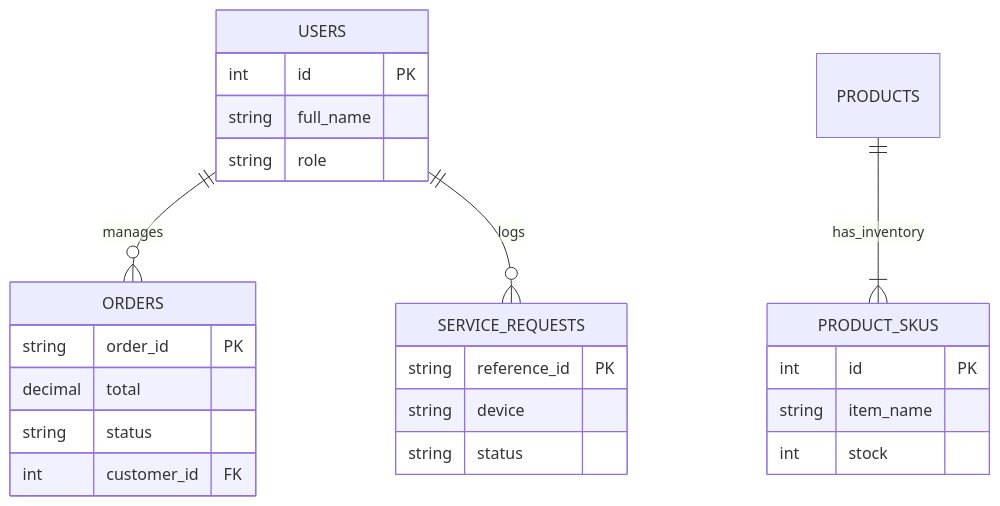
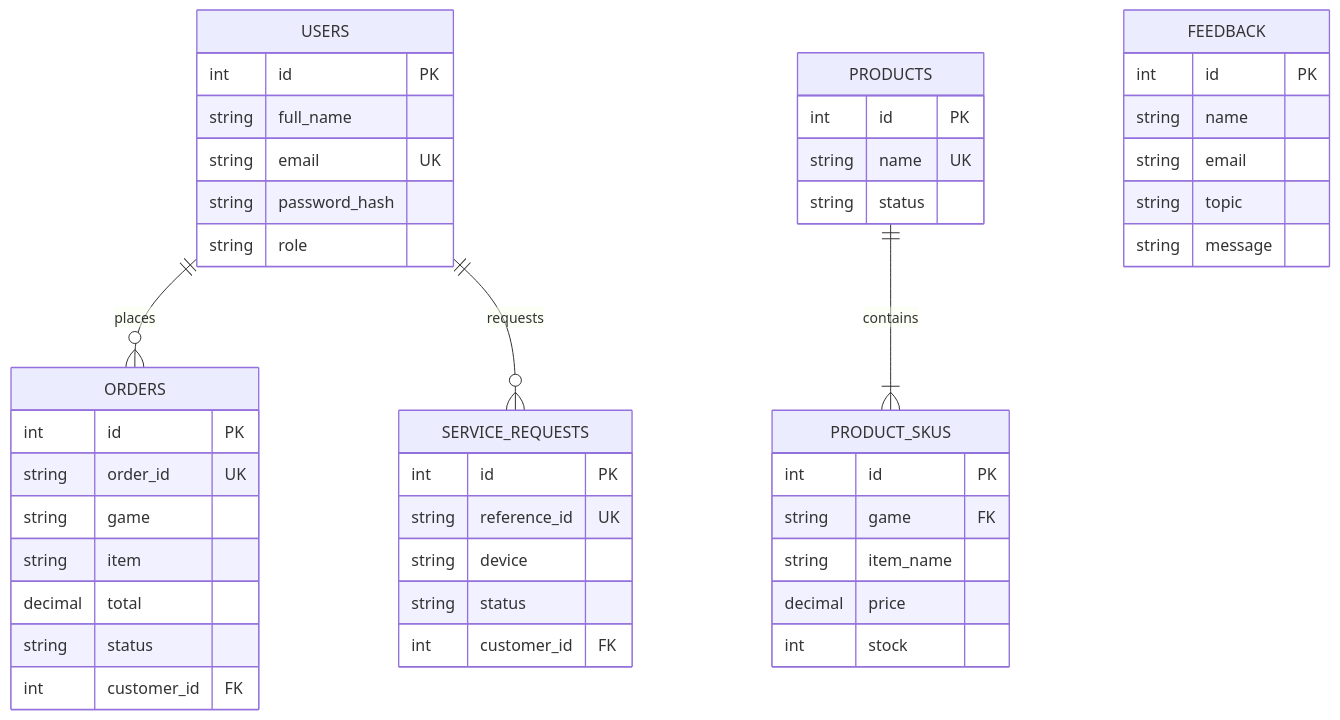
One commit to Jaylo01/tech-noblade changed the third of 3 diagrams in DOCUMENTATION.md. Above: the diagram before and after it, drawn with Mermaid. The commit also changed other lines of this file, not shown here.

Commit message:
FIX: Restored full table definitions in ERD and fixed rendering syntax

````diff
--- a/DOCUMENTATION.md
+++ b/DOCUMENTATION.md
@@ -80,31 +92,54 @@
 ```mermaid
 erDiagram
-    USERS ||--o{ ORDERS : "manages"
-    USERS ||--o{ SERVICE_REQUESTS : "logs"
-    PRODUCTS ||--|{ PRODUCT_SKUS : "has_inventory"
+    USERS ||--o{ ORDERS : "places"
+    USERS ||--o{ SERVICE_REQUESTS : "requests"
+    PRODUCTS ||--|{ PRODUCT_SKUS : "contains"
     
     USERS {
         int id PK
         string full_name
+        string email UK
+        string password_hash
         string role
     }
 
     ORDERS {
-        string order_id PK
+        int id PK
+        string order_id UK
+        string game
+        string item
         decimal total
         string status
         int customer_id FK
     }
 
+    PRODUCTS {
+        int id PK
+        string name UK
+        string status
+    }
+
     PRODUCT_SKUS {
         int id PK
+        string game FK
         string item_name
+        decimal price
         int stock
     }
 
     SERVICE_REQUESTS {
-        string reference_id PK
+        int id PK
+        string reference_id UK
         string device
         string status
+        int customer_id FK
+    }
+
+    FEEDBACK {
+        int id PK
+        string name
+        string email
+        string topic
+        string message
     }
 ```
````
